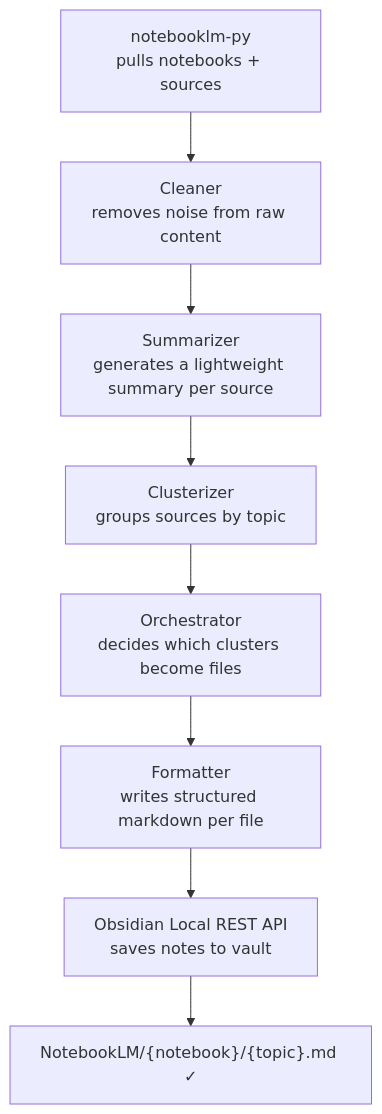
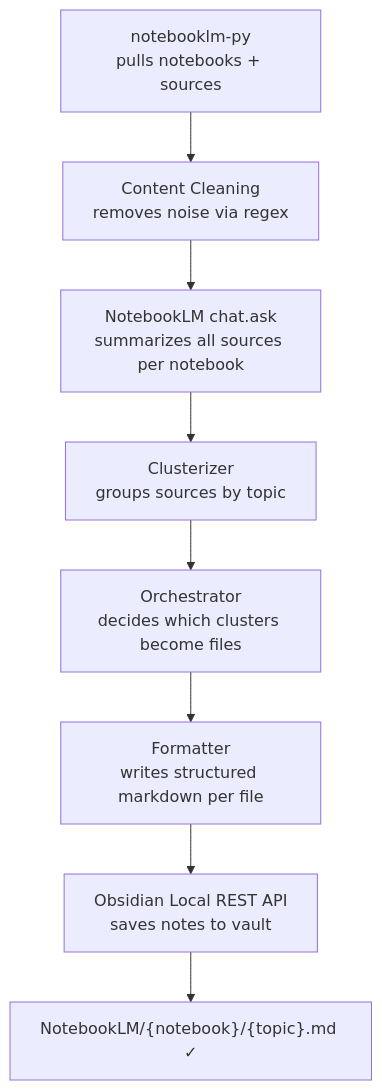
Before and after one commit to DaviAlcanfor/nb2ob: the diagram in README.md, drawn with Mermaid. The commit also changed other lines of this file, not shown here.

````diff
--- a/README.md
+++ b/README.md
@@ -26,10 +26,10 @@
 ```mermaid
 flowchart TD
-    A["notebooklm-py\npulls notebooks + sources"] --> B["Cleaner\nremoves noise from raw content"]
-    B --> C["Summarizer\ngenerates a lightweight summary per source"]
+    A["notebooklm-py\npulls notebooks + sources"] --> B["Content Cleaning\nremoves noise via regex"]
+    B --> C["NotebookLM chat.ask\nsummarizes all sources per notebook"]
     C --> D["Clusterizer\ngroups sources by topic"]
     D --> E["Orchestrator\ndecides which clusters become files"]
     E --> F["Formatter\nwrites structured markdown per file"]
     F --> G["Obsidian Local REST API\nsaves notes to vault"]
     G --> H["NotebookLM/{notebook}/{topic}.md ✓"]
 ```
````
